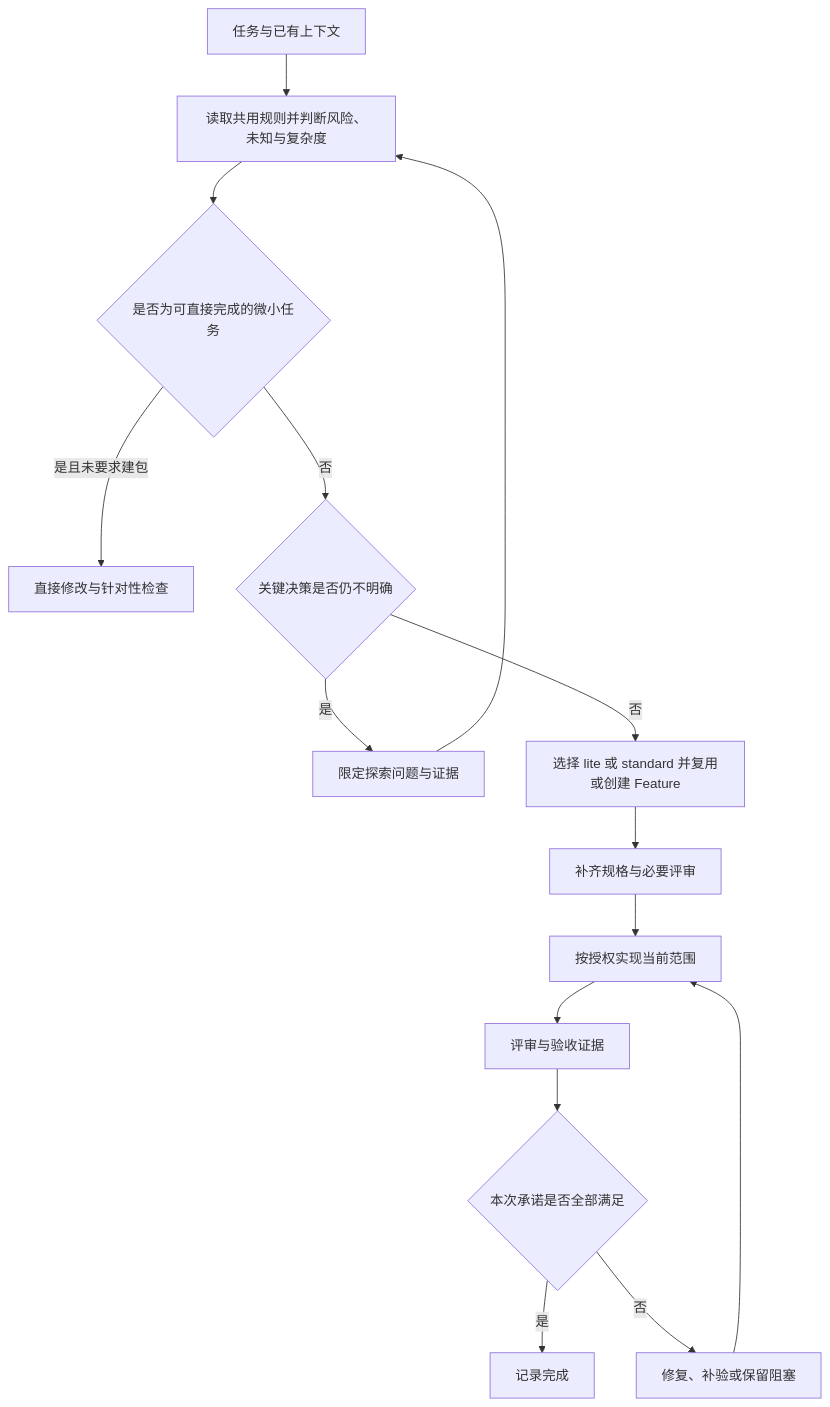
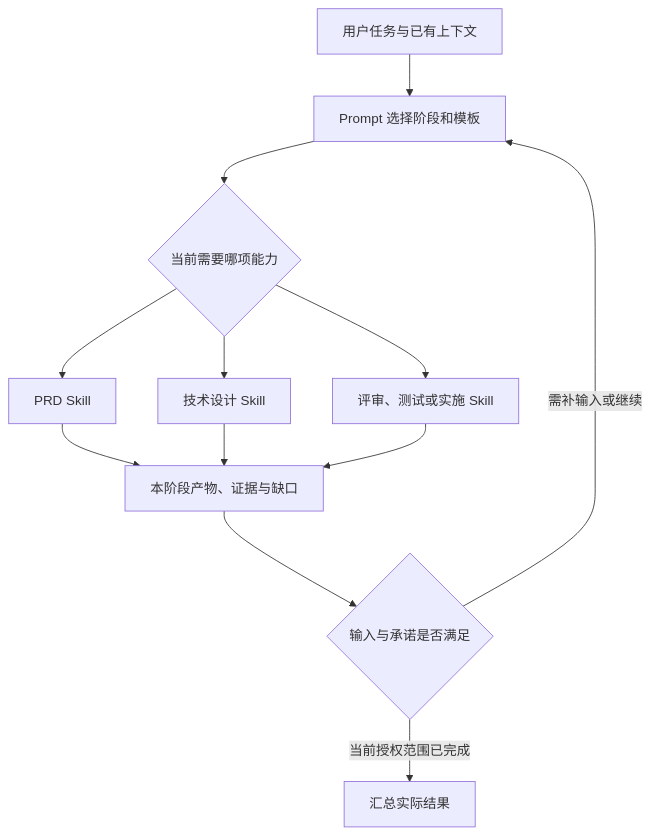
One commit to shanggqm/my-ai-infra changed the diagram in mai-specs/998-adaptive-sdd-workflows/design/TECH_DESIGN.md. Above: the diagram before and after it, drawn with Mermaid. The commit also changed other lines of this file and 87 other files, not shown here.

````diff
--- a/mai-specs/998-adaptive-sdd-workflows/design/TECH_DESIGN.md
+++ b/mai-specs/998-adaptive-sdd-workflows/design/TECH_DESIGN.md
@@ -38,17 +37,14 @@
 ```mermaid
 flowchart TD
-    A[任务与已有上下文] --> B[读取共用规则并判断风险、未知与复杂度]
-    B --> C{是否为可直接完成的微小任务}
-    C -->|是且未要求建包| D[直接修改与针对性检查]
-    C -->|否| E{关键决策是否仍不明确}
-    E -->|是| F[限定探索问题与证据]
-    F --> B
-    E -->|否| G[选择 lite 或 standard 并复用或创建 Feature]
-    G --> H[补齐规格与必要评审]
-    H --> I[按授权实现当前范围]
-    I --> J[评审与验收证据]
-    J --> K{本次承诺是否全部满足}
-    K -->|是| L[记录完成]
-    K -->|否| M[修复、补验或保留阻塞]
-    M --> I
+    A[用户任务与已有上下文] --> B[Prompt 选择阶段和模板]
+    B --> C{当前需要哪项能力}
+    C --> D[PRD Skill]
+    C --> E[技术设计 Skill]
+    C --> F[评审、测试或实施 Skill]
+    D --> G[本阶段产物、证据与缺口]
+    E --> G
+    F --> G
+    G --> H{输入与承诺是否满足}
+    H -->|需补输入或继续| B
+    H -->|当前授权范围已完成| I[汇总实际结果]
 ```
````
